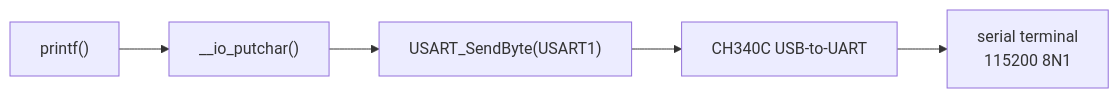
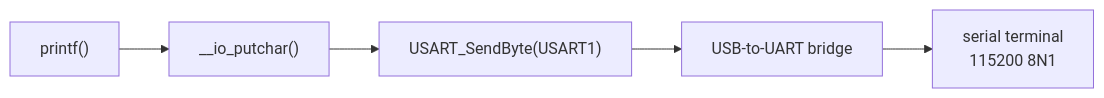
One commit to Cusnd/dual-stm32-safety-monitor changed diagram 12 of 13 in docs/FUNCTION_DESIGN_WALKTHROUGH.en.md. Above: the diagram before and after it, drawn with Mermaid. The commit also changed other lines of this file and 72 other files, not shown here.

````diff
--- a/docs/FUNCTION_DESIGN_WALKTHROUGH.en.md
+++ b/docs/FUNCTION_DESIGN_WALKTHROUGH.en.md
@@ -333,7 +341,7 @@
 ```mermaid
 flowchart LR
   P["printf()"] --> C["__io_putchar()"]
   C --> U["USART_SendByte(USART1)"]
-  U --> CH["CH340C USB-to-UART"]
+  U --> CH["USB-to-UART bridge"]
   CH --> PC["serial terminal\n115200 8N1"]
 ```
````
